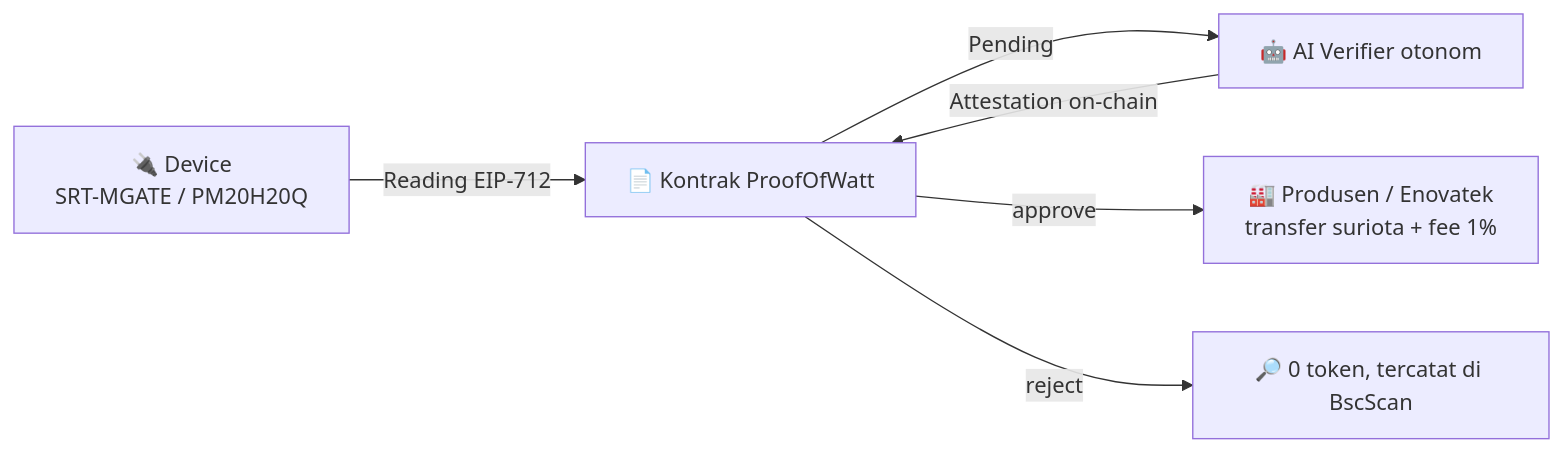
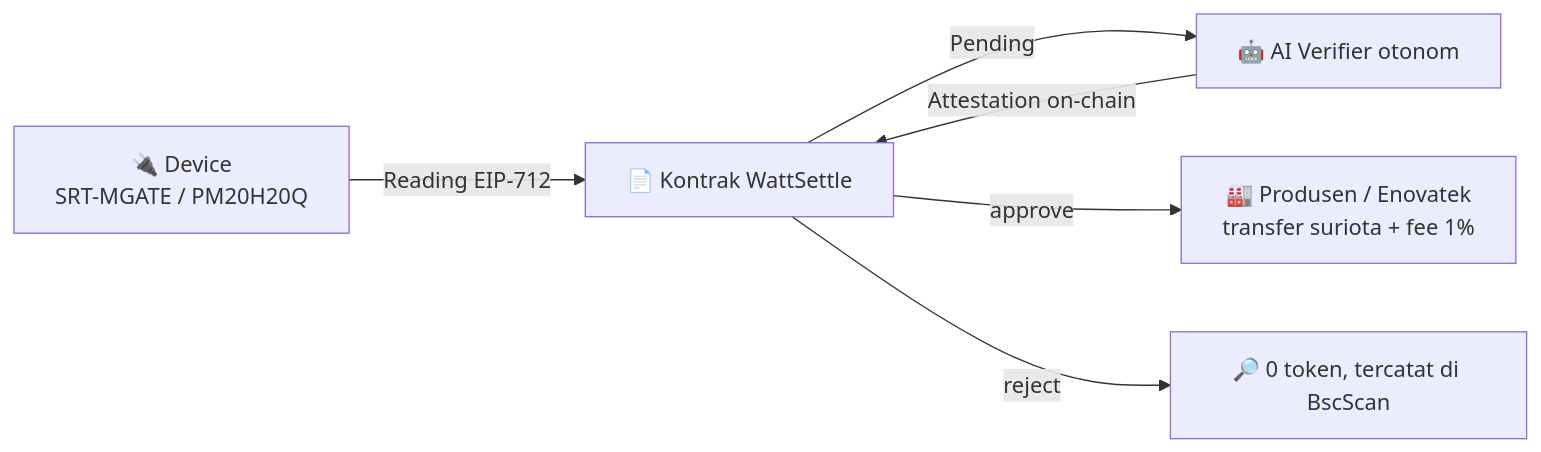
One commit to GifariKemal/wattsettle changed the diagram in README.md. Above: the diagram before and after it, drawn with Mermaid. The commit also changed other lines of this file and 20 other files, not shown here.

First line of the commit message:
feat(contract): evolusi ProofOfWatt jadi WattSettle, live dan settle di chain 97

````diff
--- a/README.md
+++ b/README.md
@@ -63,8 +67,8 @@
 ```mermaid
 flowchart LR
-  D["🔌 Device<br>SRT-MGATE / PM20H20Q"] -->|Reading EIP-712| C["📄 Kontrak ProofOfWatt"]
+  D["🔌 Device<br>SRT-MGATE / PM20H20Q"] -->|Reading EIP-712| C["📄 Kontrak WattSettle"]
   C -->|Pending| V["🤖 AI Verifier otonom"]
   V -->|Attestation on-chain| C
   C -->|approve| P["🏭 Produsen / Enovatek<br>transfer suriota + fee 1%"]
   C -->|reject| X["🔎 0 token, tercatat di BscScan"]
 ```
````
